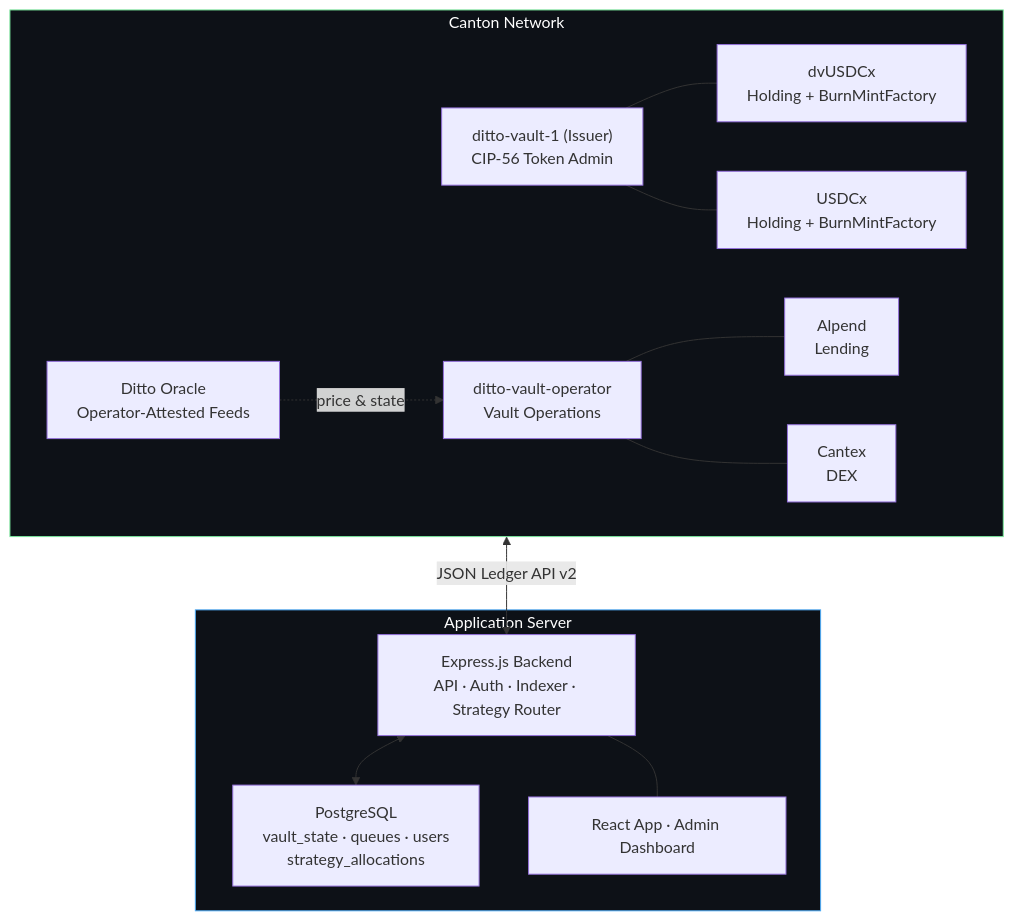
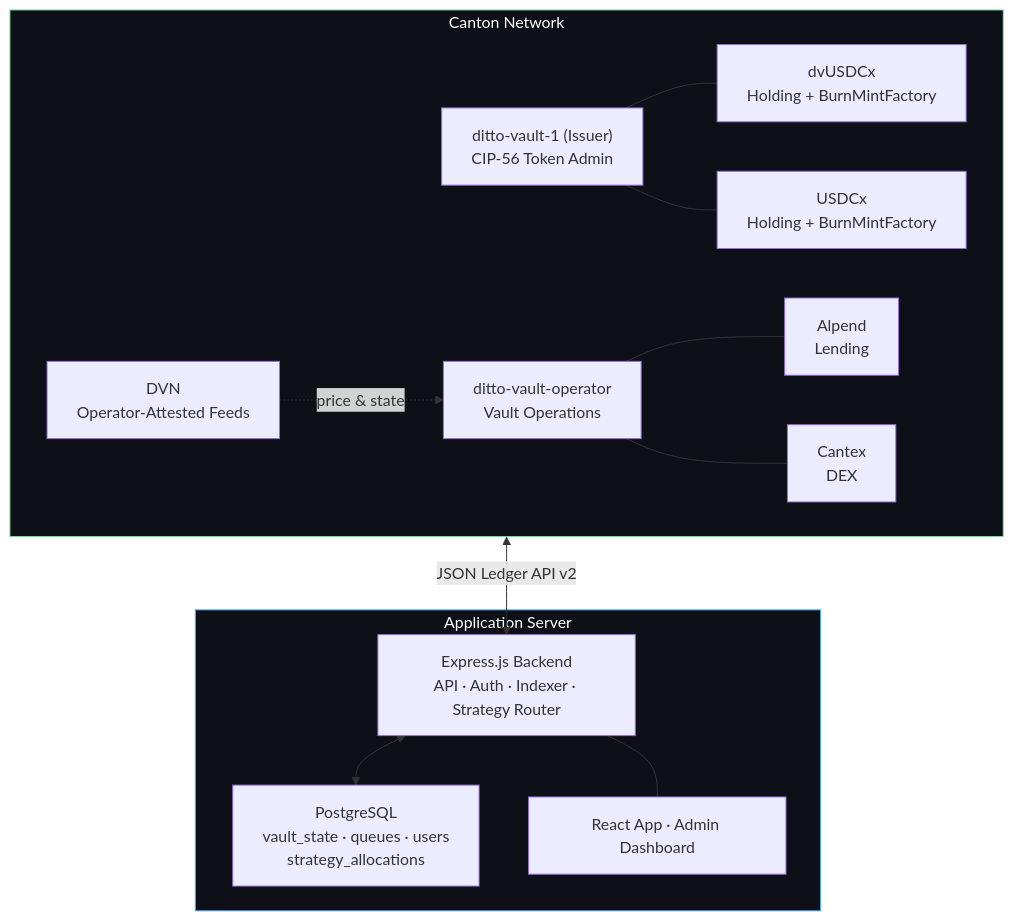
Before and after one commit to dittonetwork/ditto-ccvault: the first of 2 diagrams in README.md, drawn with Mermaid. The commit also changed other lines of this file and 2 other files, not shown here.

First line of the commit message:
Refine docs: DVN brand, on-chain NAV publication, manual integration, honest APYs and FA framing

````diff
--- a/README.md
+++ b/README.md
@@ -21,30 +23,30 @@
 ```mermaid
 flowchart TB
     subgraph Canton["Canton Network"]
         ISS["ditto-vault-1 (Issuer)<br/>CIP-56 Token Admin"]
         OP["ditto-vault-operator<br/>Vault Operations"]
         DV["dvUSDCx<br/>Holding + BurnMintFactory"]
         UX["USDCx<br/>Holding + BurnMintFactory"]
         ALPEND["Alpend<br/>Lending"]
         CANTEX["Cantex<br/>DEX"]
-        ORACLE["Ditto Oracle<br/>Operator-Attested Feeds"]
+        ORACLE["DVN<br/>Operator-Attested Feeds"]
         ISS --- DV
         ISS --- UX
         OP --- ALPEND
         OP --- CANTEX
         ORACLE -. price &amp; state .-> OP
     end
 
     subgraph App["Application Server"]
         BE["Express.js Backend<br/>API · Auth · Indexer · Strategy Router"]
         DB["PostgreSQL<br/>vault_state · queues · users<br/>strategy_allocations"]
         UI["React App · Admin Dashboard"]
         BE <--> DB
         BE --- UI
     end
 
     Canton <-->|"JSON Ledger API v2"| BE
 
     style Canton fill:#0d1117,stroke:#7ae99d,color:#fff
     style App fill:#0d1117,stroke:#4dabf7,color:#fff
 ```
````
